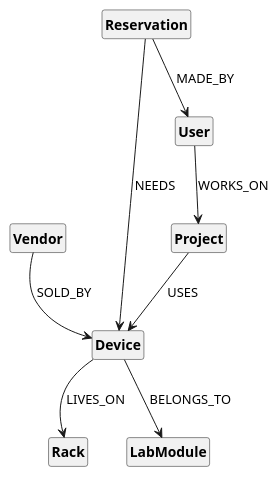
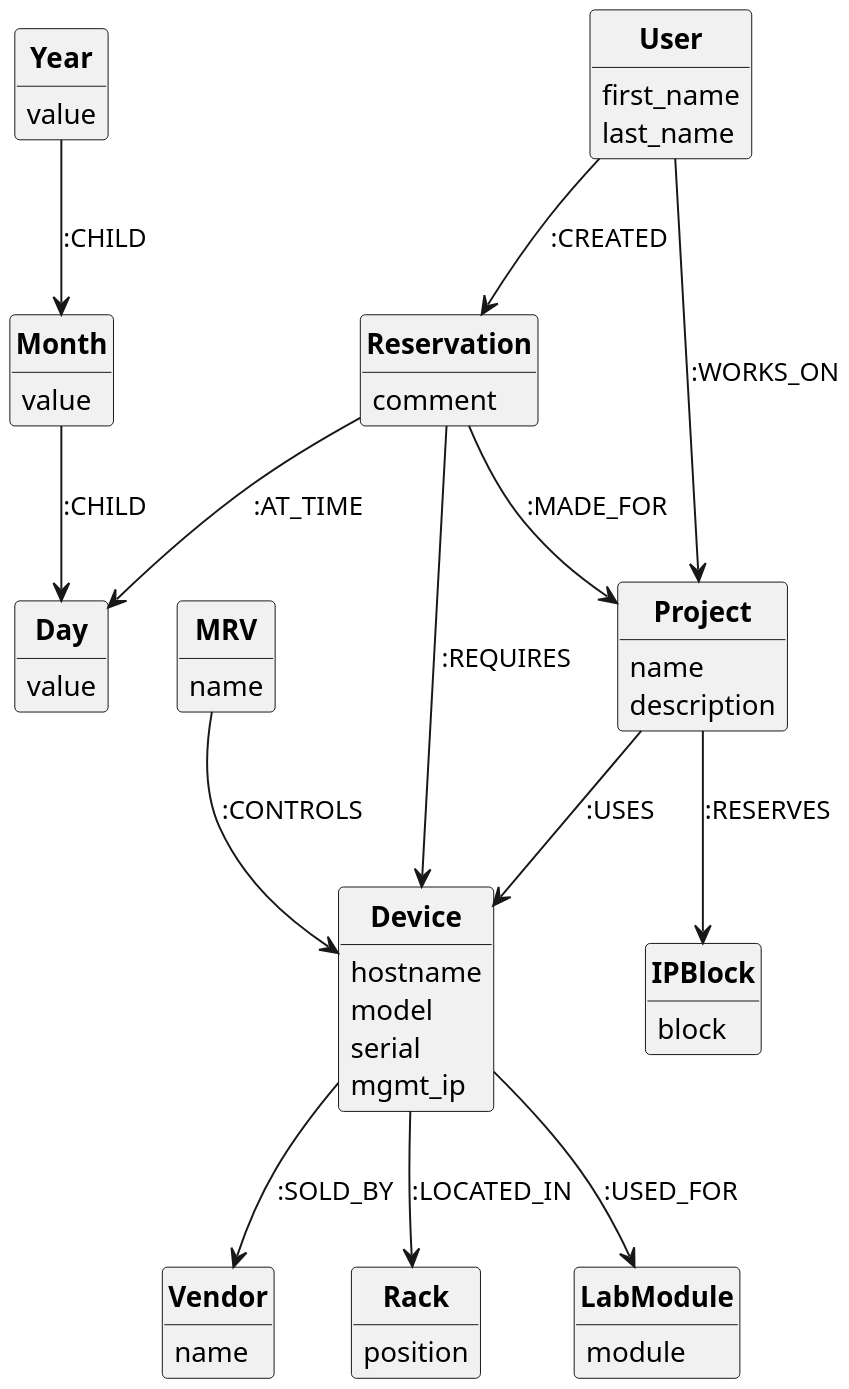
The diagram in datamodel.puml (tudor-manole/slate), drawn with PlantUML before and after one commit.

Commit message:
new data model version

```diff
--- a/datamodel.puml
+++ b/datamodel.puml
@@ -1,19 +1,65 @@
-@startuml
 hide circle
-hide empty members
+'hide empty members
 skinparam classFontStyle bold
 skinparam monochrome true
 hide methods
-hide stereotypes
-top to bottom direction
-'skinparam linetype polyline
+'hide stereotypes
+'top to bottom direction
+'skinparam linetype ortho
+scale 2
 
-Vendor --> Device :SOLD_BY
-Device --> Rack :LIVES_ON
-Device --> LabModule :BELONGS_TO
-Project --> Device :USES
-Reservation --> Device :NEEDS
-Reservation --> User :MADE_BY
-User --> Project :WORKS_ON
+class Year {
+    value
+}
+class Month {
+    value
+}
+class Day {
+    value
+}
+class Reservation {
+    comment
+}
+class IPBlock {
+    block
+}
+class Device {
+    hostname
+    model
+    serial
+    mgmt_ip
+}
+class User {
+    first_name
+    last_name
+}
+class Vendor {
+    name
+}
+class Rack {
+    position
+}
+class LabModule {
+    module
+}
+class MRV {
+    name
+}
+class Project {
+    name
+    description
+}
 
-@enduml
+Year --> Month : :CHILD
+Month --> Day : :CHILD
+Reservation --> Day : :AT_TIME
+Project --> IPBlock : :RESERVES
+Device --> Vendor : :SOLD_BY
+MRV --> Device : :CONTROLS
+Device --> Rack : :LOCATED_IN
+Device --> LabModule : :USED_FOR
+Project --> Device : :USES
+Reservation --> Device : :REQUIRES
+Reservation --> Project : :MADE_FOR
+User --> Reservation : :CREATED
+User --> Project : :WORKS_ON
```
